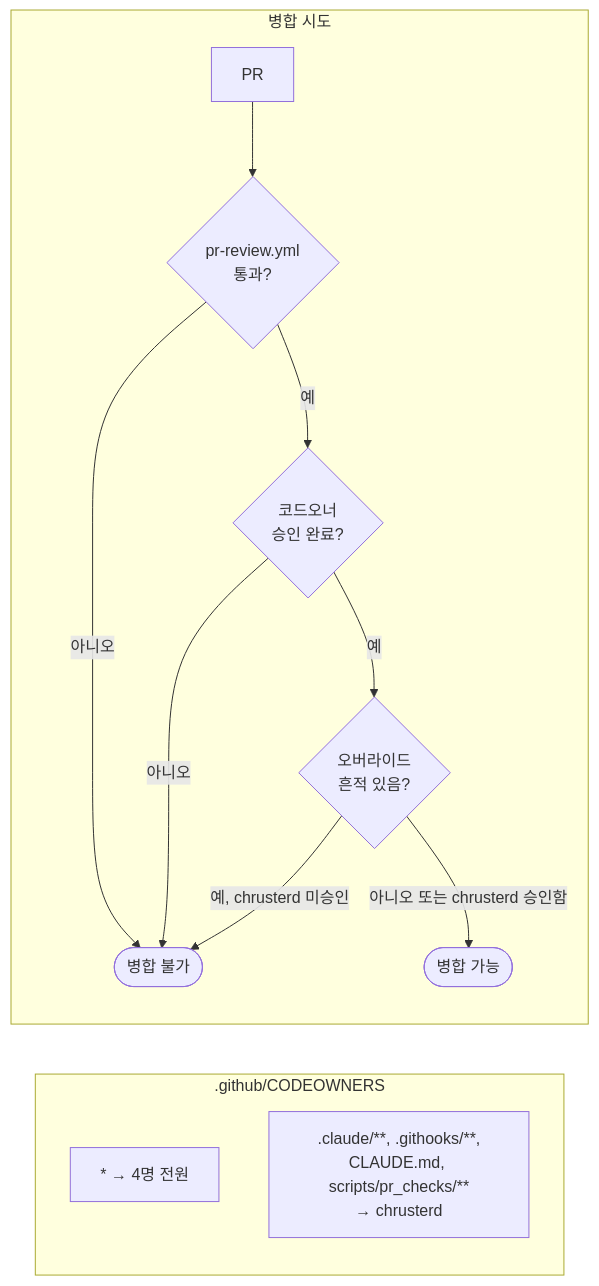
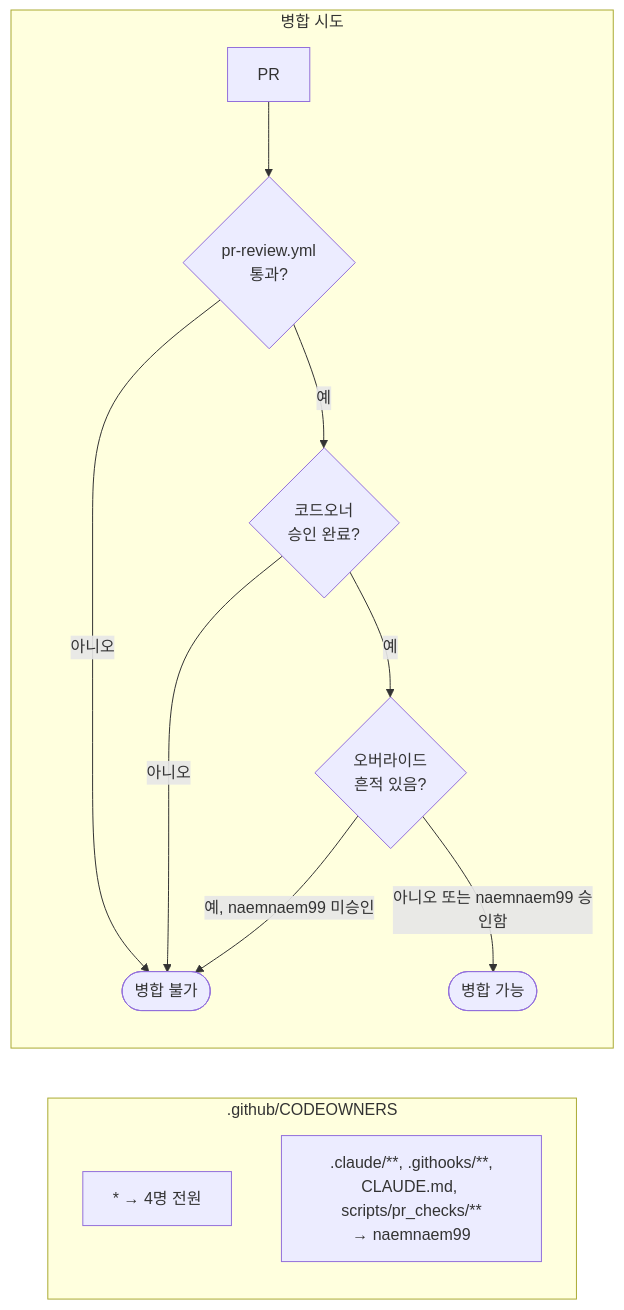
The fourth of 5 diagrams in docs/pr-review-system/02-시스템설계도.md (Tokenaires-hancom/tokenaires_wisor), drawn with Mermaid before and after one commit. The commit also changed other lines of this file and 6 other files, not shown here.

````diff
--- a/docs/pr-review-system/02-시스템설계도.md
+++ b/docs/pr-review-system/02-시스템설계도.md
@@ -131,17 +131,17 @@
 ```mermaid
 flowchart LR
     subgraph 경로별 소유자 [".github/CODEOWNERS"]
         Root["* → 4명 전원"]
-        Sensitive[".claude/**, .githooks/**,<br/>CLAUDE.md, scripts/pr_checks/**<br/>→ chrusterd"]
+        Sensitive[".claude/**, .githooks/**,<br/>CLAUDE.md, scripts/pr_checks/**<br/>→ naemnaem99"]
     end
 
     subgraph 병합 시도
         PR["PR"] --> Check1{"pr-review.yml<br/>통과?"}
         Check1 -- 아니오 --> Block(["병합 불가"])
         Check1 -- 예 --> Check2{"코드오너<br/>승인 완료?"}
         Check2 -- 아니오 --> Block
         Check2 -- 예 --> Check3{"오버라이드<br/>흔적 있음?"}
-        Check3 -- "예, chrusterd 미승인" --> Block
-        Check3 -- "아니오 또는 chrusterd 승인함" --> Allow(["병합 가능"])
+        Check3 -- "예, naemnaem99 미승인" --> Block
+        Check3 -- "아니오 또는 naemnaem99 승인함" --> Allow(["병합 가능"])
     end
 ```
````
